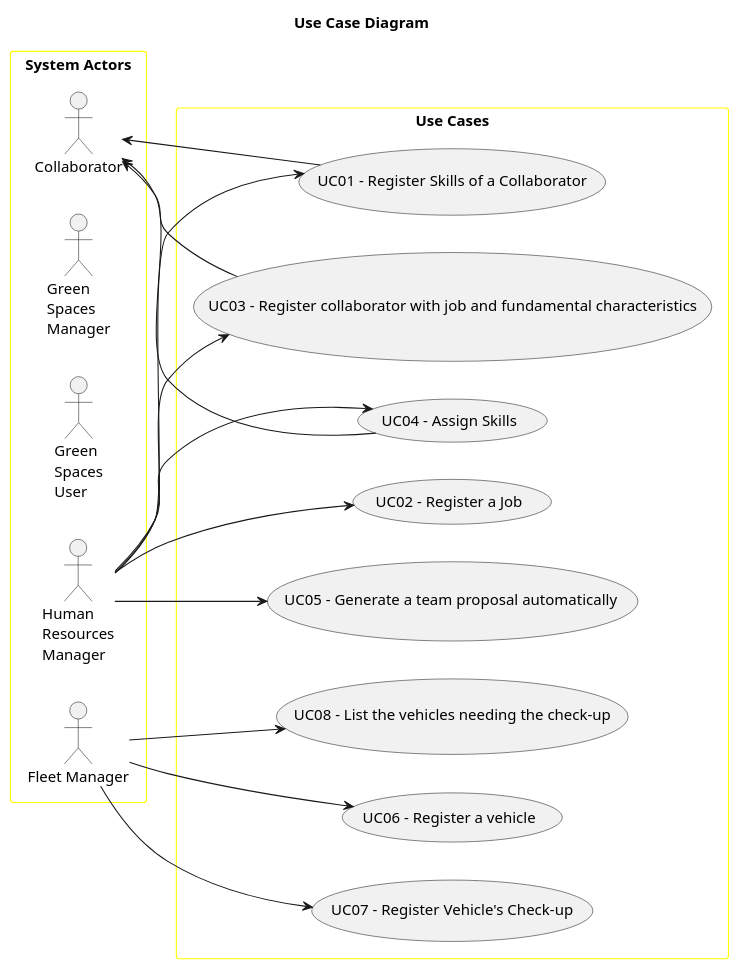
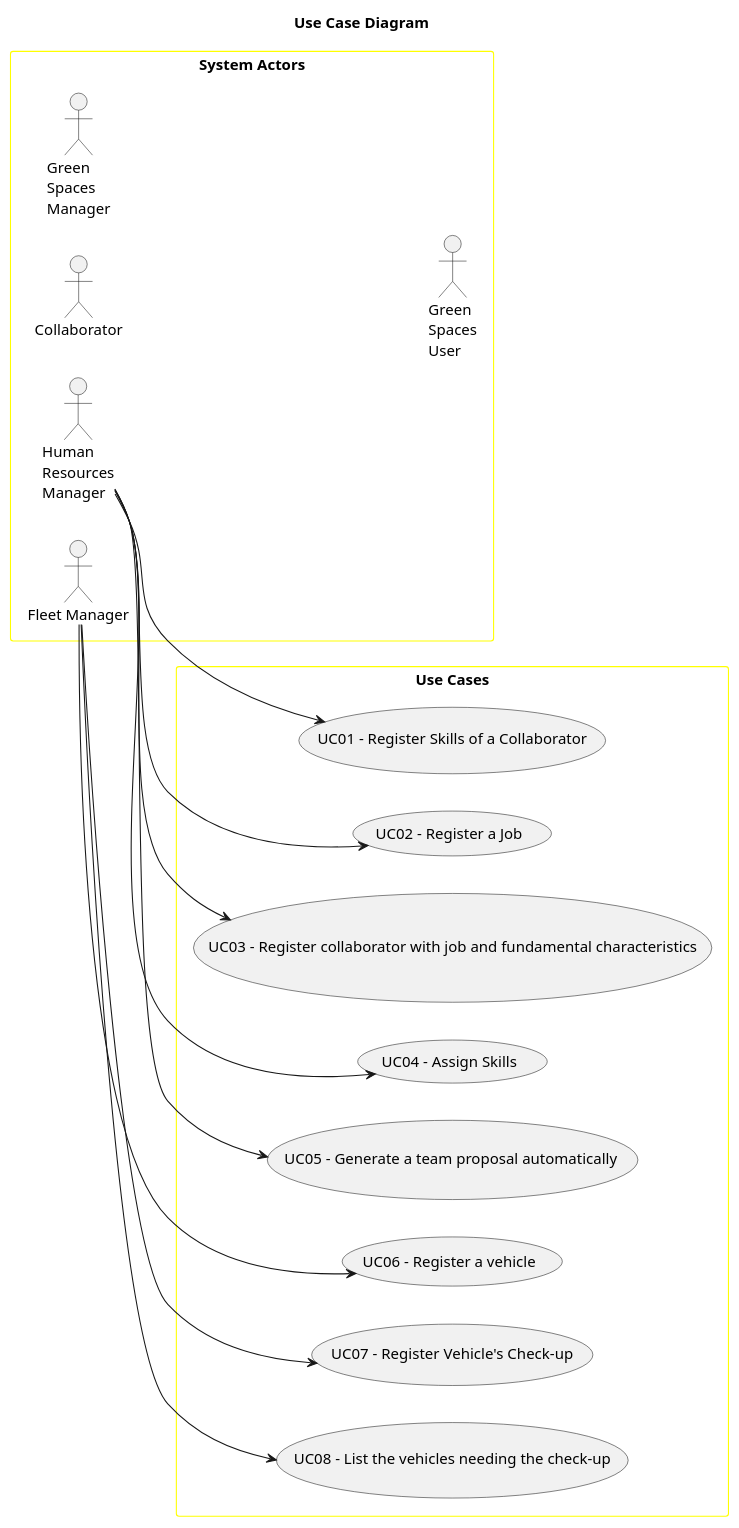
One commit to daniel41silva05/ISEP_2023_2024_LAPR2 changed the diagram in docs/sprintA&B/global-artifacts/01.requirements-engineering/puml/use-case-diagram.puml. Above: the diagram before and after it, drawn with PlantUML. The commit also changed 2 other files, not shown here.

Commit message:
fixes in Use Case Diagram

```diff
--- a/docs/sprintA&B/global-artifacts/01.requirements-engineering/puml/use-case-diagram.puml
+++ b/docs/sprintA&B/global-artifacts/01.requirements-engineering/puml/use-case-diagram.puml
@@ -1,44 +1,41 @@
 @startuml
 'skinparam monochrome true
 skinparam packageStyle rectangle
 'skinparam shadowing false
 
 skinparam rectangle{
     BorderColor yellow
 }
 
 title Use Case Diagram
 
 left to right direction
 
 rectangle "System Actors" as actors {
     actor Collaborator
     actor "Green\nSpaces\nManager" as GSM
     actor "Green\nSpaces\nUser" as GSU
     actor "Human\nResources\nManager" as HRM
     actor "Fleet Manager" as FM
 }
 
 rectangle "Use Cases" as usecases{
     usecase "UC01 - Register Skills of a Collaborator" as UC01
     HRM --> UC01
-    UC01 --> Collaborator
     usecase "UC02 - Register a Job" as UC02
     HRM --> UC02
     usecase "UC03 - Register collaborator with job and fundamental characteristics" as UC03
     HRM --> UC03
-    UC03 --> Collaborator
     usecase "UC04 - Assign Skills" as UC04
     HRM --> UC04
-    UC04 --> Collaborator
     usecase "UC05 - Generate a team proposal automatically " as UC05
     HRM --> UC05
     usecase "UC06 - Register a vehicle" as UC06
     FM --> UC06
     usecase "UC07 - Register Vehicle's Check-up" as UC07
     FM --> UC07
     usecase "UC08 - List the vehicles needing the check-up" as UC08
     FM --> UC08
 }
 
 @enduml
```
